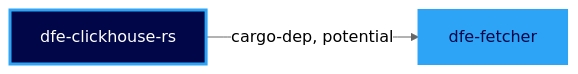
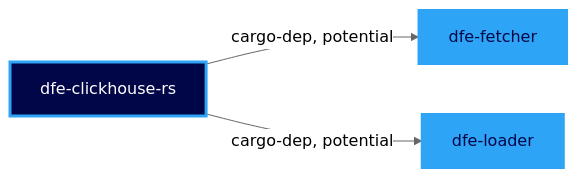
The eighth of 18 diagrams in docs/suite-graph.md (hyperi-io/dfe-infra), drawn with Mermaid (neutral theme) before and after one commit. The commit also changed 1 other file, not shown here.

Commit message:
fix(suite): add the dfe-clickhouse-rs edge to dfe-loader
dfe-loader has used the dfe-clickhouse crate directly since dfe-loader #302. suite.yaml only listed dfe-fetcher as a consumer. A dfe-clickhouse-rs release now flags dfe-loader for a check.

Remove the dfe-clickhouse-rs node's claim that dfe-loader patches the clickhouse-rs fork. dfe-loader's Cargo.toml has not patched it since dfe-loader #302. docs/suite-graph.md is re-rendered with the new edge.

````diff
--- a/docs/suite-graph.md
+++ b/docs/suite-graph.md
@@ -231,8 +231,10 @@
 ```mermaid
 flowchart LR
   dfe_clickhouse_rs["dfe-clickhouse-rs"]:::producer
   dfe_fetcher["dfe-fetcher"]:::suite
   dfe_clickhouse_rs -->|cargo-dep, potential| dfe_fetcher
+  dfe_loader["dfe-loader"]:::suite
+  dfe_clickhouse_rs -->|cargo-dep, potential| dfe_loader
   classDef suite fill:#2EA4F6,stroke:#2EA4F6,stroke-width:2px,color:#000647
   classDef producer fill:#000647,stroke:#2EA4F6,stroke-width:3px,color:#FFFFFF
 ```
````
